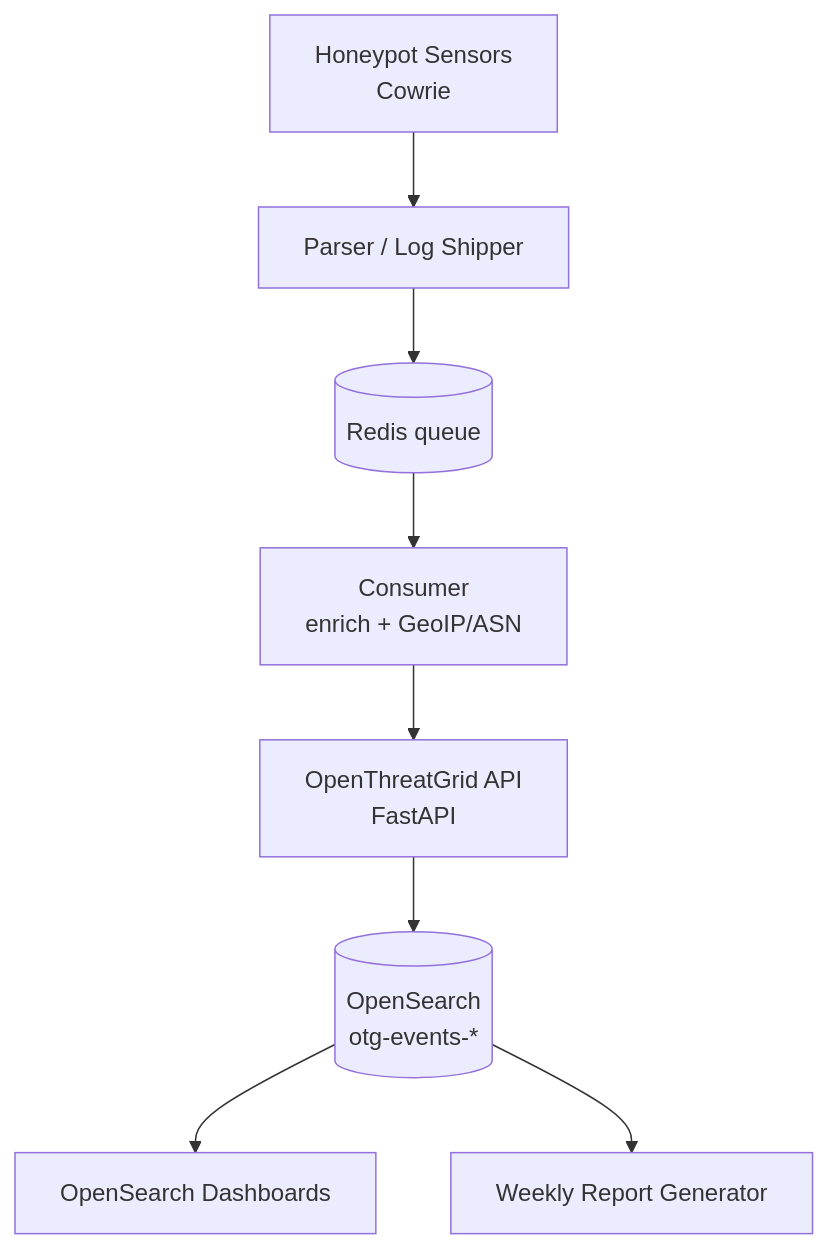
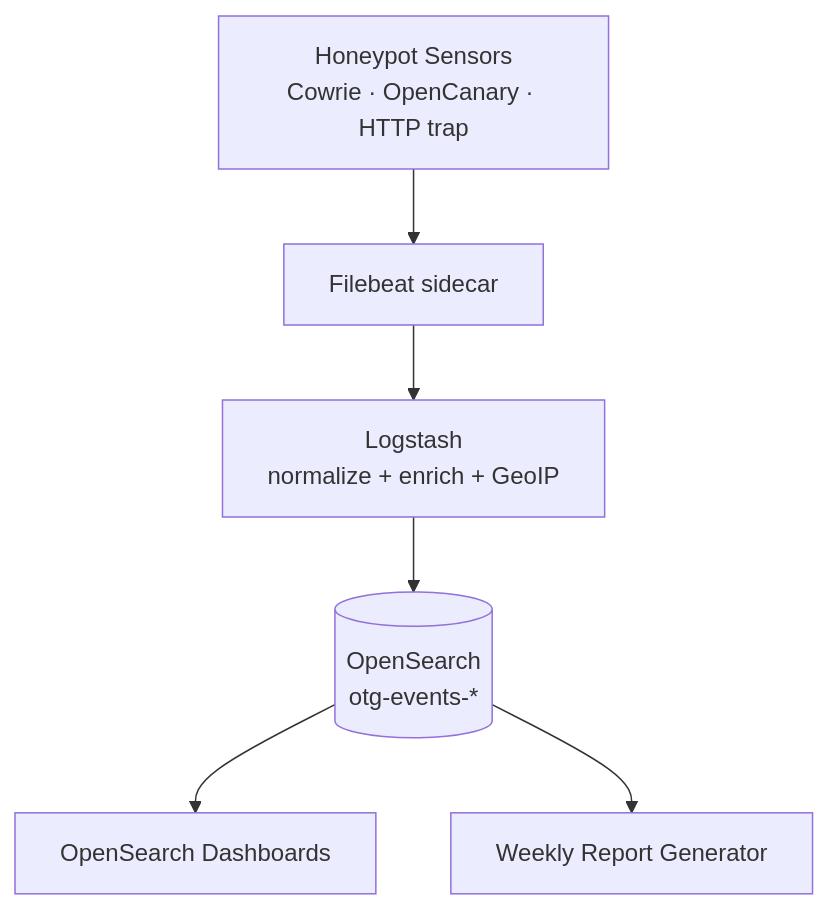
The diagram in docs/index.md (OpenThreatGrid/openthreatgrid), drawn with Mermaid before and after one commit. The commit also changed other lines of this file and 124 other files, not shown here.

First line of the commit message:
Add Filebeat/Logstash pipeline and sensors; remove otg-api

````diff
--- a/docs/index.md
+++ b/docs/index.md
@@ -14,10 +14,8 @@
 ```mermaid
 flowchart TD
-    A[Honeypot Sensors<br/>Cowrie] --> B[Parser / Log Shipper]
-    B --> Q[(Redis queue)]
-    Q --> C[Consumer<br/>enrich + GeoIP/ASN]
-    C --> D[OpenThreatGrid API<br/>FastAPI]
-    D --> E[(OpenSearch<br/>otg-events-*)]
-    E --> F[OpenSearch Dashboards]
-    E --> G[Weekly Report Generator]
+    A[Honeypot Sensors<br/>Cowrie · OpenCanary · HTTP trap] --> B[Filebeat sidecar]
+    B --> C[Logstash<br/>normalize + enrich + GeoIP]
+    C --> D[(OpenSearch<br/>otg-events-*)]
+    D --> E[OpenSearch Dashboards]
+    D --> F[Weekly Report Generator]
 ```
````
